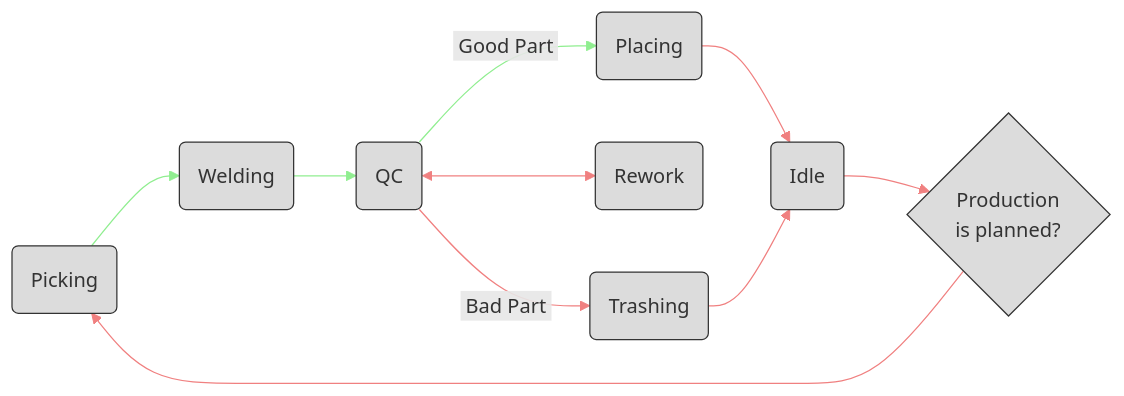
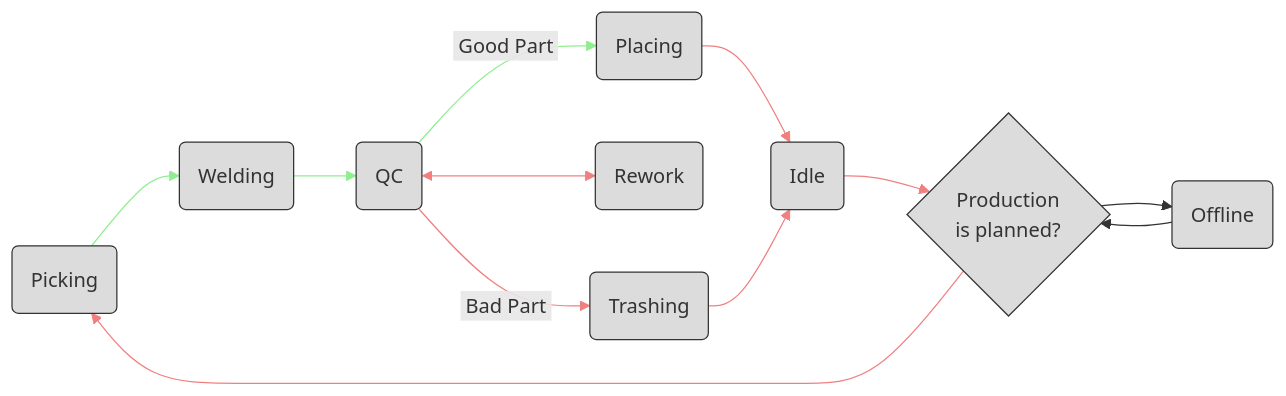
Before and after one commit to claret-srl/ROMANTIG: the first of 2 diagrams in README.md, drawn with Mermaid.

````diff
--- a/README.md
+++ b/README.md
@@ -209,15 +209,17 @@
 ```mermaid
 flowchart LR
     Picking(Picking) --> Welding(Welding) --> QC(QC)
     QC -- &nbspGood Part&nbsp--> Placing(Placing)
     QC <--> Rework(Rework)
     QC -- &nbspBad Part&nbsp--> Trashing(Trashing)
-    Placing & Trashing --> Idle(Idle) --> production{Production\nis planned?} --> Picking
+    Placing & Trashing --> Idle(Idle) --> Production{Production\nis planned?}
+    Production{Production\nis planned?} --> Picking & Offline(Offline)
+    Offline(Offline) --> Production
 
 classDef Gainsboro fill:Gainsboro,stroke:#333,color:#333
 
-class Picking,Placing,QC,Welding,upTime,Idle,Trashing,Rework,QC_Rework,production Gainsboro
+class Picking,Placing,QC,Welding,upTime,Idle,Trashing,Rework,QC_Rework,Production,Offline Gainsboro
 
 linkStyle 0,1,2 stroke:lightgreen,border-color:lightgreen;
 linkStyle 3,4,5,6,7,8 stroke:LightCoral;
 ```
````
